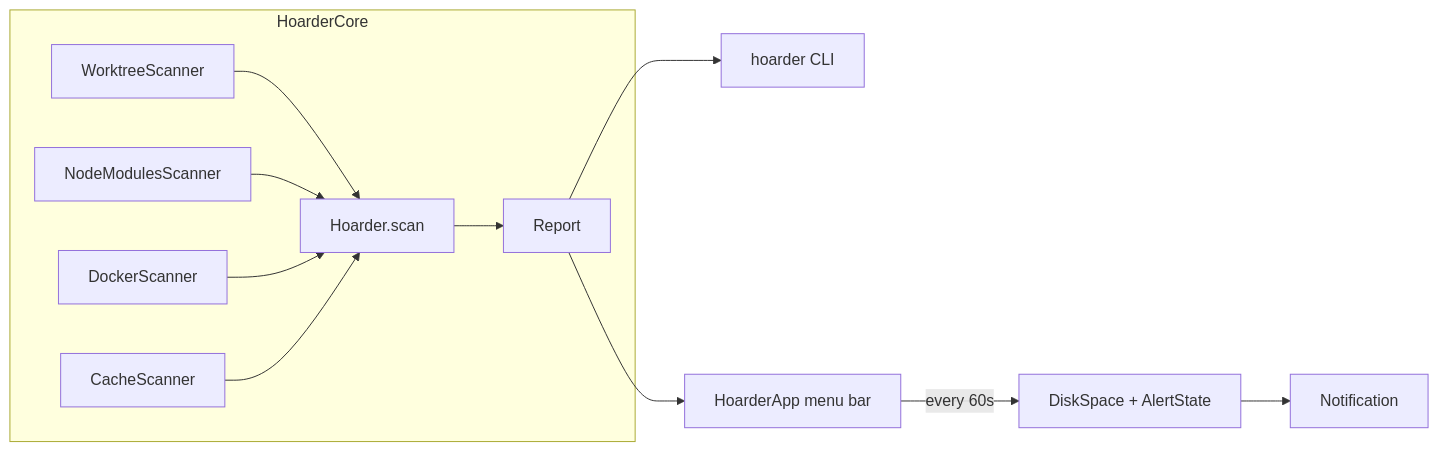
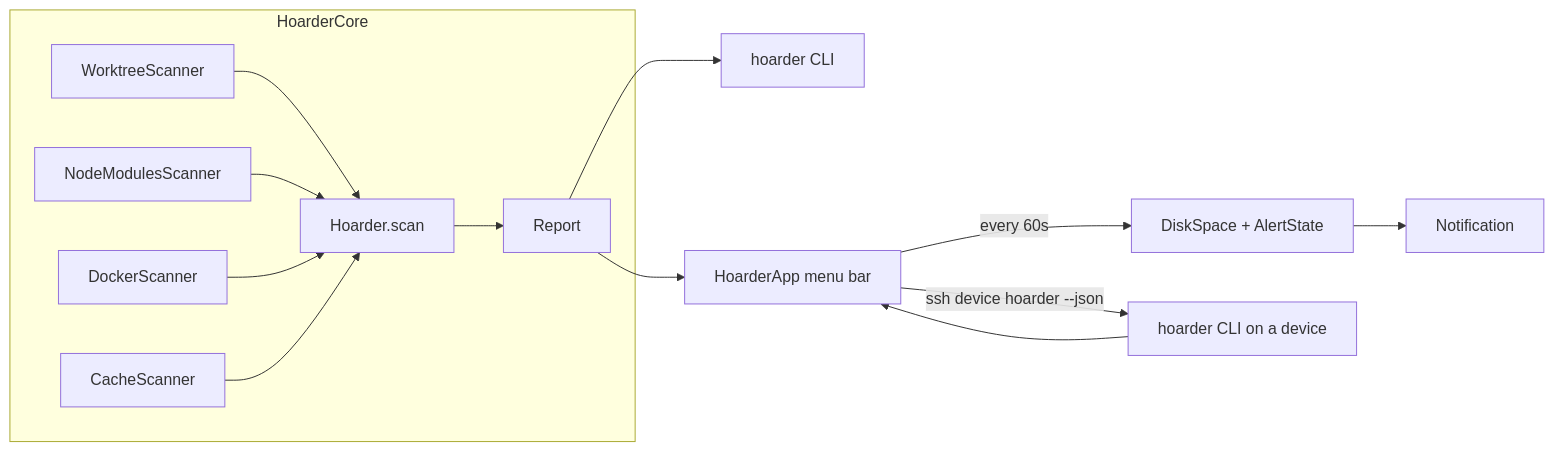
The first of 2 diagrams in README.md (wezzcoetzee/hoarder), drawn with Mermaid before and after one commit. The commit also changed other lines of this file and 1 other file, not shown here.

````diff
--- a/README.md
+++ b/README.md
@@ -24,13 +28,14 @@
 ```mermaid
 flowchart LR
   subgraph HoarderCore
     W[WorktreeScanner] --> H[Hoarder.scan]
     N[NodeModulesScanner] --> H
     D[DockerScanner] --> H
     C[CacheScanner] --> H
     H --> R[Report]
   end
   R --> CLI[hoarder CLI]
   R --> App[HoarderApp menu bar]
   App -->|every 60s| F[DiskSpace + AlertState] --> Notify[Notification]
+  App -->|ssh device hoarder --json| Remote[hoarder CLI on a device] --> App
 ```
````
